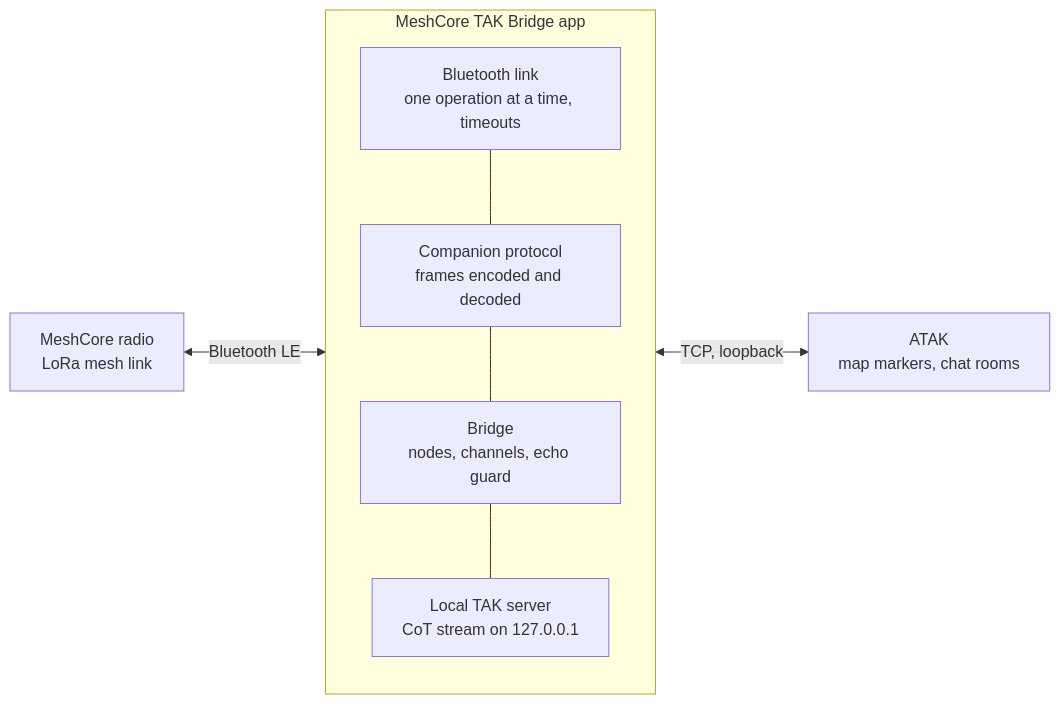
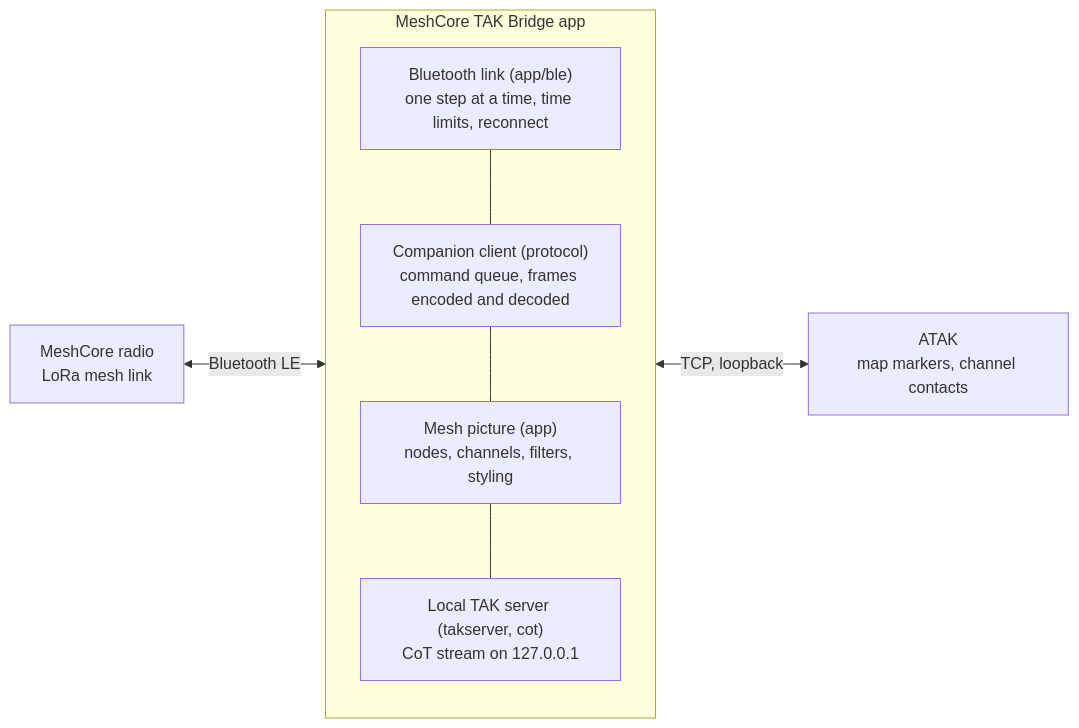
Before and after one commit to Colorado-Mesh/meshcore-tak-bridge: the diagram in docs/DESIGN.md, drawn with Mermaid. The commit also changed other lines of this file and 2 other files, not shown here.

First line of the commit message:
Bring README and design document up to date with the working app

````diff
--- a/docs/DESIGN.md
+++ b/docs/DESIGN.md
@@ -59,15 +58,15 @@
 ```mermaid
 flowchart LR
     radio["MeshCore radio<br/>LoRa mesh link"]
     subgraph app["MeshCore TAK Bridge app"]
         direction TB
-        ble["Bluetooth link<br/>one operation at a time, timeouts"]
-        protocol["Companion protocol<br/>frames encoded and decoded"]
-        bridge["Bridge<br/>nodes, channels, echo guard"]
-        server["Local TAK server<br/>CoT stream on 127.0.0.1"]
+        ble["Bluetooth link (app/ble)<br/>one step at a time, time limits, reconnect"]
+        protocol["Companion client (protocol)<br/>command queue, frames encoded and decoded"]
+        bridge["Mesh picture (app)<br/>nodes, channels, filters, styling"]
+        server["Local TAK server (takserver, cot)<br/>CoT stream on 127.0.0.1"]
         ble --- protocol --- bridge --- server
     end
-    atak["ATAK<br/>map markers, chat rooms"]
+    atak["ATAK<br/>map markers, channel contacts"]
     radio <-- "Bluetooth LE" --> ble
     server <-- "TCP, loopback" --> atak
 ```
````
